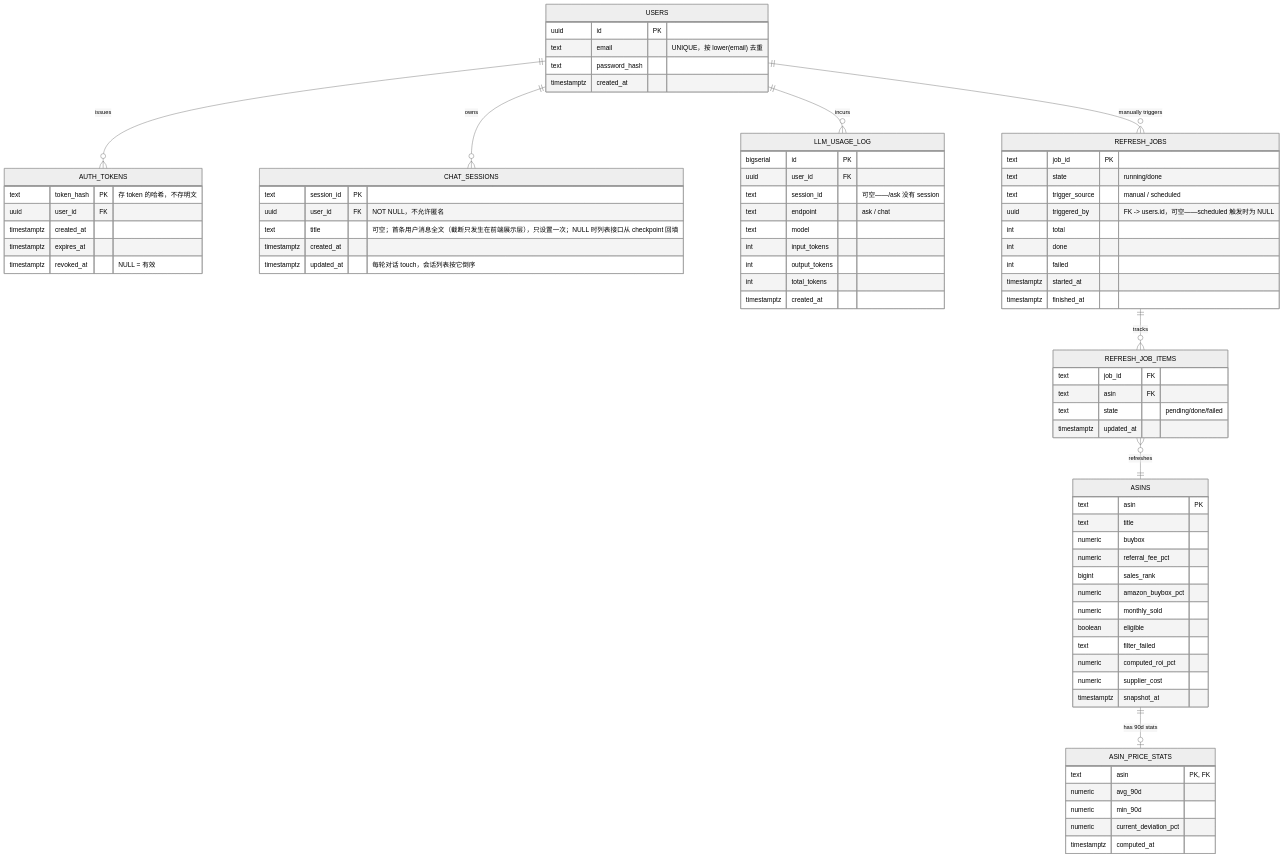
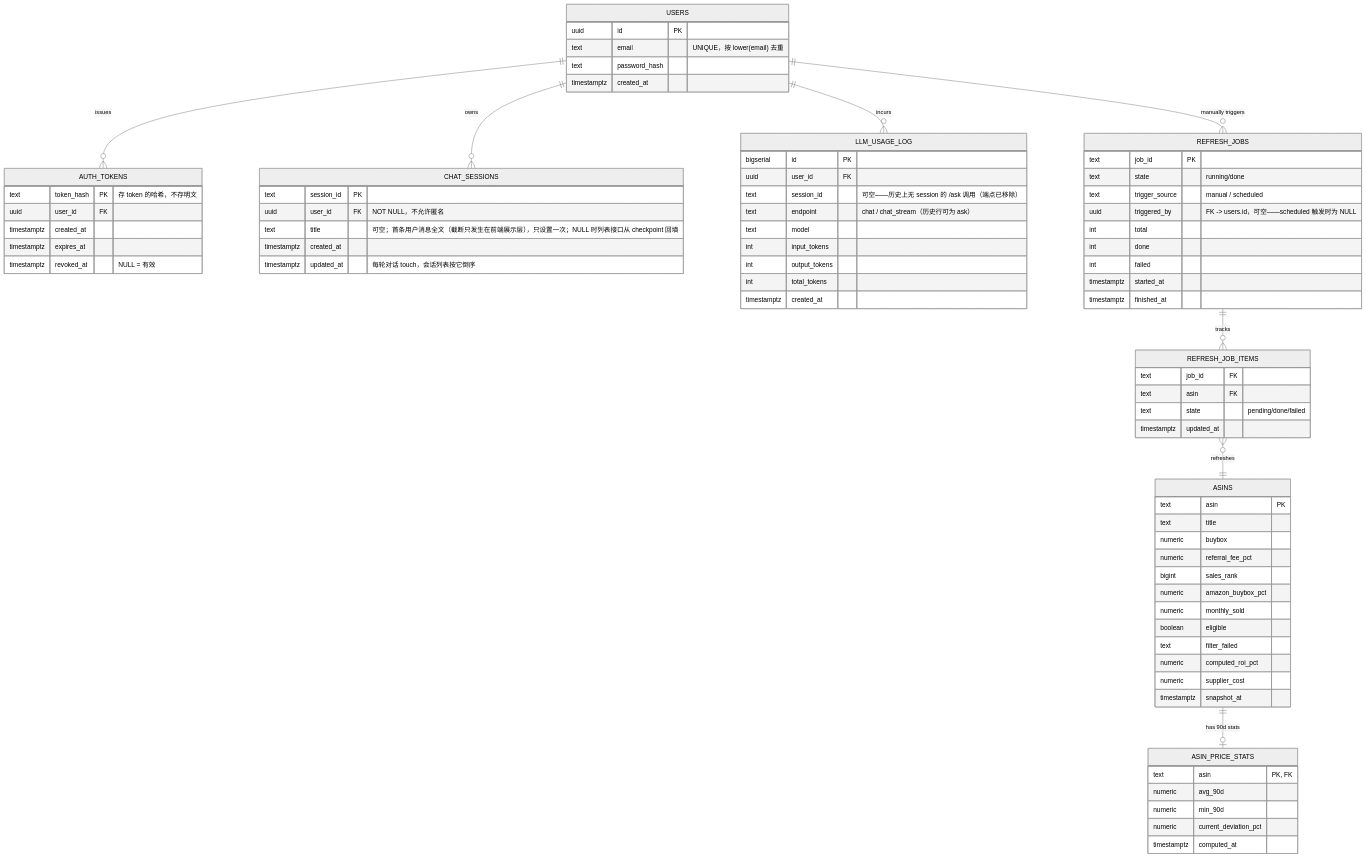
Before and after one commit to LURENYUANSHI/keepa_scout_challenge: the second of 7 diagrams in ARCHITECTURE.md, drawn with Mermaid (neutral theme). The commit also changed other lines of this file and 17 other files, not shown here.

````diff
--- a/ARCHITECTURE.md
+++ b/ARCHITECTURE.md
@@ -65,80 +73,80 @@
 ```mermaid
 erDiagram
     USERS ||--o{ AUTH_TOKENS : "issues"
     USERS ||--o{ CHAT_SESSIONS : "owns"
     USERS ||--o{ LLM_USAGE_LOG : "incurs"
     USERS ||--o{ REFRESH_JOBS : "manually triggers"
     REFRESH_JOBS ||--o{ REFRESH_JOB_ITEMS : "tracks"
     ASINS ||--o| ASIN_PRICE_STATS : "has 90d stats"
     REFRESH_JOB_ITEMS }o--|| ASINS : "refreshes"
 
     USERS {
         uuid id PK
         text email "UNIQUE，按 lower(email) 去重"
         text password_hash
         timestamptz created_at
     }
     AUTH_TOKENS {
         text token_hash PK "存 token 的哈希，不存明文"
         uuid user_id FK
         timestamptz created_at
         timestamptz expires_at
         timestamptz revoked_at "NULL = 有效"
     }
     CHAT_SESSIONS {
         text session_id PK
         uuid user_id FK "NOT NULL，不允许匿名"
         text title "可空；首条用户消息全文（截断只发生在前端展示层），只设置一次；NULL 时列表接口从 checkpoint 回填"
         timestamptz created_at
         timestamptz updated_at "每轮对话 touch，会话列表按它倒序"
     }
     LLM_USAGE_LOG {
         bigserial id PK
         uuid user_id FK
-        text session_id "可空——/ask 没有 session"
-        text endpoint "ask / chat"
+        text session_id "可空——历史上无 session 的 /ask 调用（端点已移除）"
+        text endpoint "chat / chat_stream（历史行可为 ask）"
         text model
         int input_tokens
         int output_tokens
         int total_tokens
         timestamptz created_at
     }
     ASINS {
         text asin PK
         text title
         numeric buybox
         numeric referral_fee_pct
         bigint sales_rank
         numeric amazon_buybox_pct
         numeric monthly_sold
         boolean eligible
         text filter_failed
         numeric computed_roi_pct
         numeric supplier_cost
         timestamptz snapshot_at
     }
     ASIN_PRICE_STATS {
         text asin "PK, FK"
         numeric avg_90d
         numeric min_90d
         numeric current_deviation_pct
         timestamptz computed_at
     }
     REFRESH_JOBS {
         text job_id PK
         text state "running/done"
         text trigger_source "manual / scheduled"
         uuid triggered_by "FK -> users.id，可空——scheduled 触发时为 NULL"
         int total
         int done
         int failed
         timestamptz started_at
         timestamptz finished_at
     }
     REFRESH_JOB_ITEMS {
         text job_id FK
         text asin FK
         text state "pending/done/failed"
         timestamptz updated_at
     }
 ```
````
